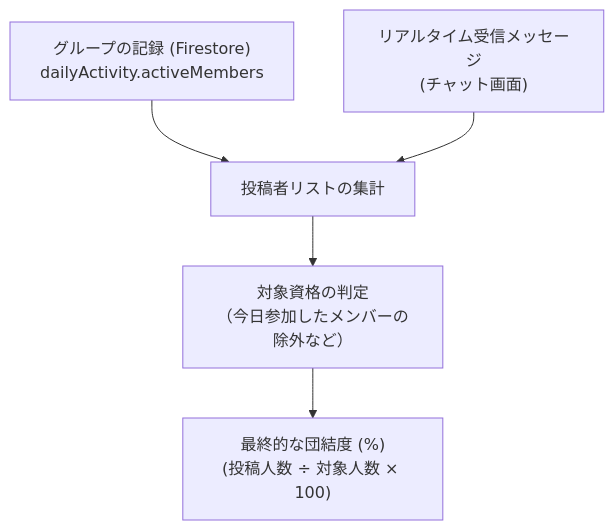
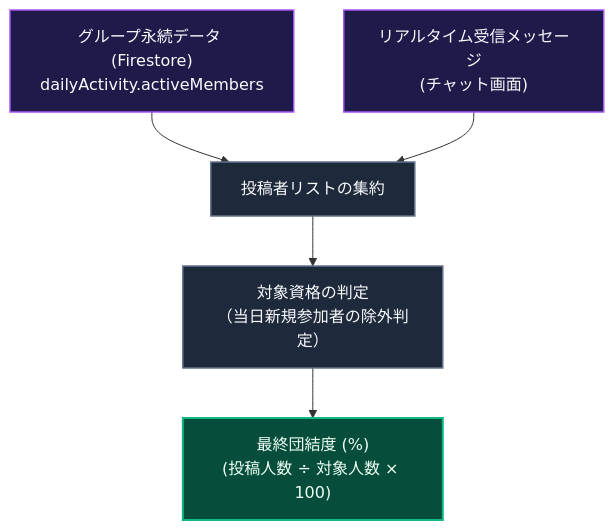
One commit to ScriptureHabit/scripture-habit changed the first of 2 diagrams in docs/ja/unity-participation.md. Above: the diagram before and after it, drawn with Mermaid. The commit also changed other lines of this file and 57 other files, not shown here.

Commit message:
docs: refine documentation prose and add structured diagram breakdowns across JA and EN

````diff
--- a/docs/ja/unity-participation.md
+++ b/docs/ja/unity-participation.md
@@ -13,7 +13,11 @@
 ```mermaid
 flowchart TD
-    ServerDoc["グループの記録 (Firestore)<br/>dailyActivity.activeMembers"] --> Merge["投稿者リストの集計"]
-    ClientMessages["リアルタイム受信メッセージ<br/>(チャット画面)"] --> Merge
-    Merge --> CheckEligibility["対象資格の判定<br/>（今日参加したメンバーの除外など）"]
-    CheckEligibility --> FinalPercentage["最終的な団結度 (%)<br/>(投稿人数 ÷ 対象人数 × 100)"]
+    classDef source fill:#1e1b4b,stroke:#a855f7,stroke-width:1.5px,color:#f8fafc;
+    classDef process fill:#1e293b,stroke:#64748b,stroke-width:1.5px,color:#f8fafc;
+    classDef result fill:#064e3b,stroke:#10b981,stroke-width:2px,color:#f0fdf4;
+
+    ServerDoc["グループ永続データ (Firestore)<br/>dailyActivity.activeMembers"]:::source --> Merge["投稿者リストの集約"]:::process
+    ClientMessages["リアルタイム受信メッセージ<br/>(チャット画面)"]:::source --> Merge
+    Merge --> CheckEligibility["対象資格の判定<br/>（当日新規参加者の除外判定）"]:::process
+    CheckEligibility --> FinalPercentage["最終団結度 (%)<br/>(投稿人数 ÷ 対象人数 × 100)"]:::result
 ```
````
